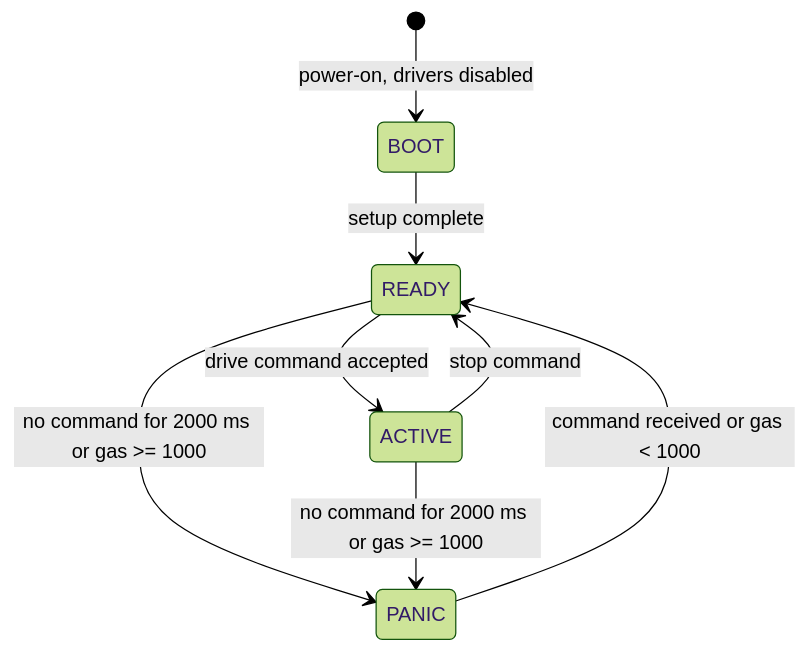
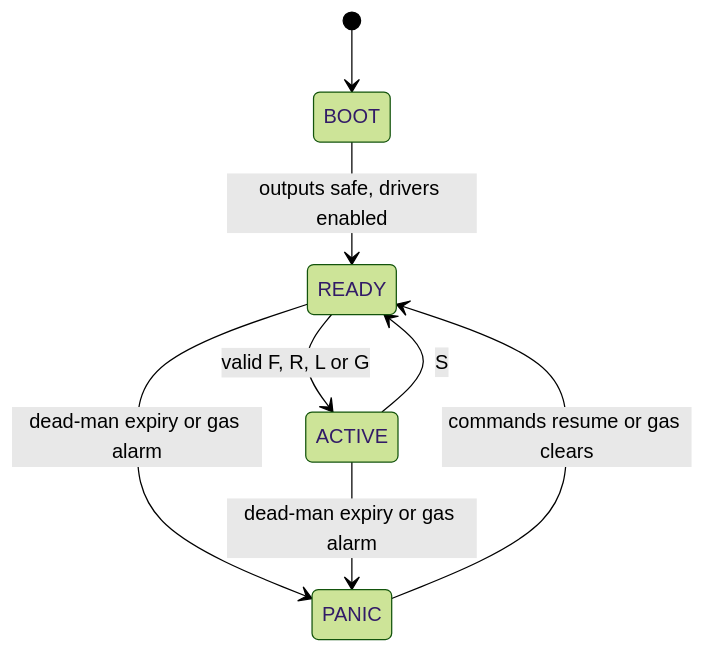
The third of 12 diagrams in research paper/section3_methodology.md (baiust999/robort-code-from-pi), drawn with Mermaid (forest theme) before and after one commit. The commit also changed other lines of this file and 2 other files, not shown here.

````diff
--- a/research paper/section3_methodology.md
+++ b/research paper/section3_methodology.md
@@ -199,10 +81,10 @@
 ```mermaid
 stateDiagram-v2
-  [*] --> BOOT: power-on, drivers disabled
-  BOOT --> READY: setup complete
-  READY --> ACTIVE: drive command accepted
-  ACTIVE --> READY: stop command
-  READY --> PANIC: no command for 2000 ms or gas >= 1000
-  ACTIVE --> PANIC: no command for 2000 ms or gas >= 1000
-  PANIC --> READY: command received or gas < 1000
+  [*] --> BOOT
+  BOOT --> READY: outputs safe, drivers enabled
+  READY --> ACTIVE: valid F, R, L or G
+  ACTIVE --> READY: S
+  READY --> PANIC: dead-man expiry or gas alarm
+  ACTIVE --> PANIC: dead-man expiry or gas alarm
+  PANIC --> READY: commands resume or gas clears
 ```
````
